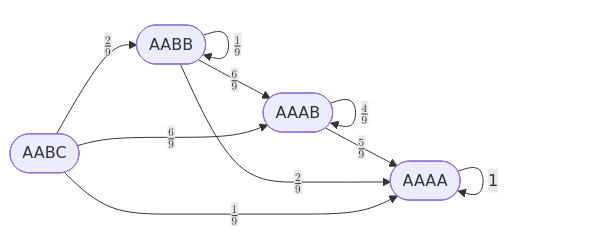
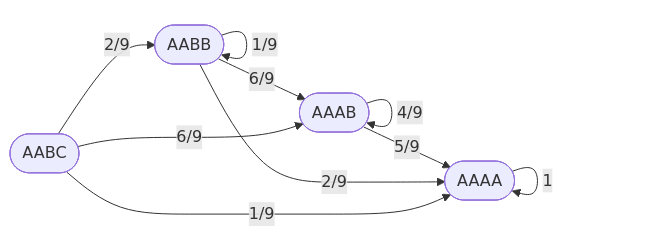
The diagram in docs/blog/posts/Math And Manim/exp-val-to-enter-qingque-hidden-hand.md (stalomeow/note), drawn with Mermaid before and after one commit. The commit also changed other lines of this file, not shown here.

````diff
--- a/docs/blog/posts/Math And Manim/exp-val-to-enter-qingque-hidden-hand.md
+++ b/docs/blog/posts/Math And Manim/exp-val-to-enter-qingque-hidden-hand.md
@@ -50,15 +52,15 @@
 ``` mermaid
 flowchart LR
-    AABC([AABC]) -- <math><mfrac><mrow><mn>6</mn></mrow><mrow><mn>9</mn></mrow></mfrac></math> --> AAAB
-    AABC -- <math><mfrac><mrow><mn>2</mn></mrow><mrow><mn>9</mn></mrow></mfrac></math> --> AABB
-    AABC -- <math><mfrac><mrow><mn>1</mn></mrow><mrow><mn>9</mn></mrow></mfrac></math> --> AAAA
+    AABC([AABC]) -- 6/9 --> AAAB
+    AABC -- 2/9 --> AABB
+    AABC -- 1/9 --> AAAA
 
-    AABB([AABB]) -- <math><mfrac><mrow><mn>6</mn></mrow><mrow><mn>9</mn></mrow></mfrac></math> --> AAAB
-    AABB -- <math><mfrac><mrow><mn>1</mn></mrow><mrow><mn>9</mn></mrow></mfrac></math> --> AABB
-    AABB -- <math><mfrac><mrow><mn>2</mn></mrow><mrow><mn>9</mn></mrow></mfrac></math> --> AAAA
+    AABB([AABB]) -- 6/9 --> AAAB
+    AABB --1/9 --> AABB
+    AABB -- 2/9 --> AAAA
 
-    AAAB([AAAB]) -- <math><mfrac><mrow><mn>4</mn></mrow><mrow><mn>9</mn></mrow></mfrac></math> --> AAAB
-    AAAB -- <math><mfrac><mrow><mn>5</mn></mrow><mrow><mn>9</mn></mrow></mfrac></math> --> AAAA
+    AAAB([AAAB]) -- 4/9 --> AAAB
+    AAAB -- 5/9 --> AAAA
 
     AAAA([AAAA]) -- 1 --> AAAA
 ```
````
